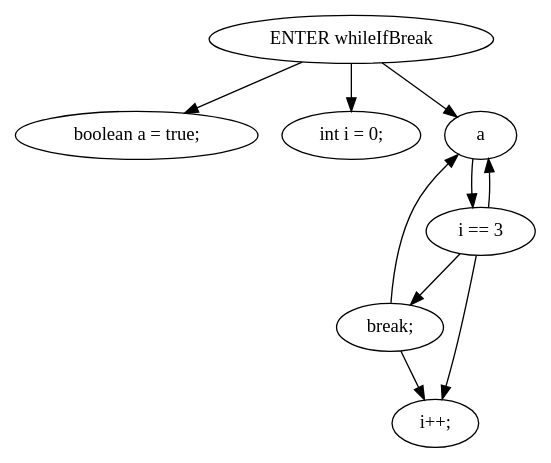
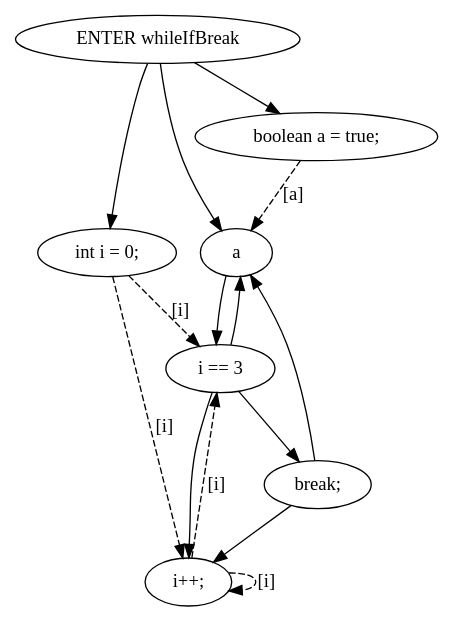
The diagram in staticSlicer/data/testcases/output/while/WhileIf/pdg/dot/whileIfBreak().dot (Surprise-Jing/Java-oriented-analysis-and-understanding-tools), drawn with Graphviz before and after one commit. The commit also changed 92 other files, not shown here.

Commit message:
修改依赖图的生成逻辑

```diff
--- a/staticSlicer/data/testcases/output/while/WhileIf/pdg/dot/whileIfBreak().dot
+++ b/staticSlicer/data/testcases/output/while/WhileIf/pdg/dot/whileIfBreak().dot
@@ -1,18 +1,23 @@
 digraph G {
   0 [ label="ENTER whileIfBreak" ];
   2 [ label="boolean a = true;" ];
   3 [ label="int i = 0;" ];
   4 [ label="a" ];
   5 [ label="i == 3" ];
   6 [ label="break;" ];
   7 [ label="i++;" ];
+  2 -> 4 [ style="dashed" label="[a]" ];
+  3 -> 5 [ style="dashed" label="[i]" ];
+  7 -> 5 [ style="dashed" label="[i]" ];
+  3 -> 7 [ style="dashed" label="[i]" ];
+  7 -> 7 [ style="dashed" label="[i]" ];
   0 -> 2 [ ];
   0 -> 3 [ ];
   0 -> 4 [ ];
   4 -> 5 [ ];
   5 -> 6 [ ];
   6 -> 7 [ ];
   6 -> 4 [ ];
   5 -> 7 [ ];
   5 -> 4 [ ];
 }
```
